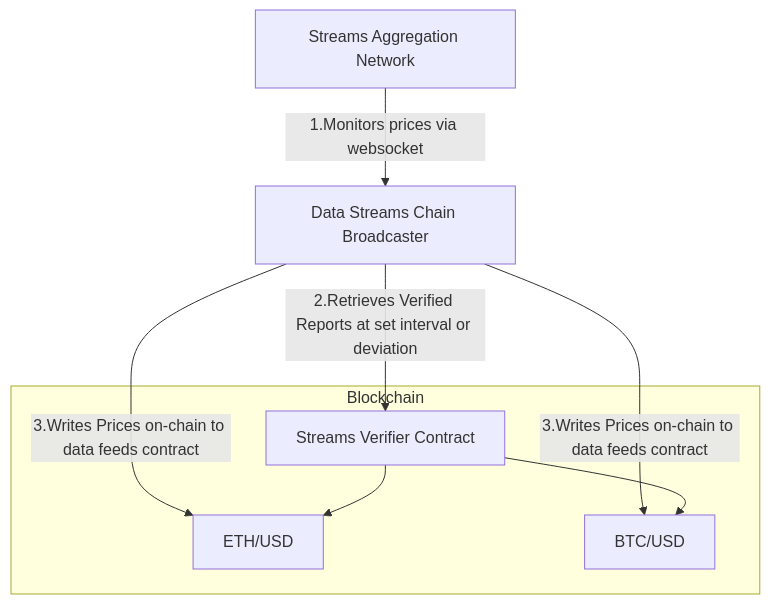
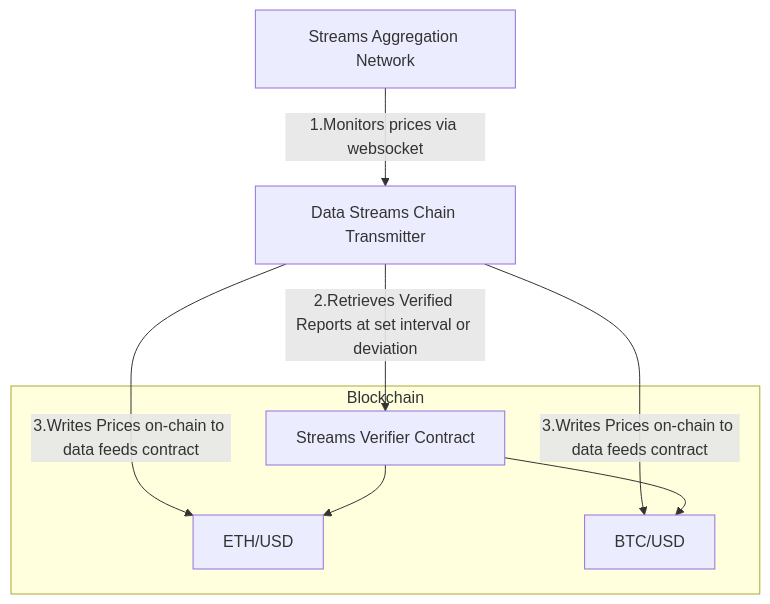
Before and after one commit to woogieboogie-jl/chainlink-datastreams-transmitter: the diagram in README.md, drawn with Mermaid. The commit also changed other lines of this file and 5 other files, not shown here.

````diff
--- a/README.md
+++ b/README.md
@@ -57,12 +57,12 @@
 ```mermaid
 graph TD
-    A[Streams Aggregation Network] -->|1.Monitors prices via websocket| B[Data Streams Chain Broadcaster]
+    A[Streams Aggregation Network] -->|1.Monitors prices via websocket| B[Data Streams Chain Transmitter]
     B -->|2.Retrieves Verified Reports at set interval or deviation| C[Streams Verifier Contract]
     B -->|3.Writes Prices on-chain to data feeds contract| D[ETH/USD]
     B -->|3.Writes Prices on-chain to data feeds contract| E[BTC/USD]
 
     subgraph Blockchain
         C --> D
         C --> E
     end
 ```
````
